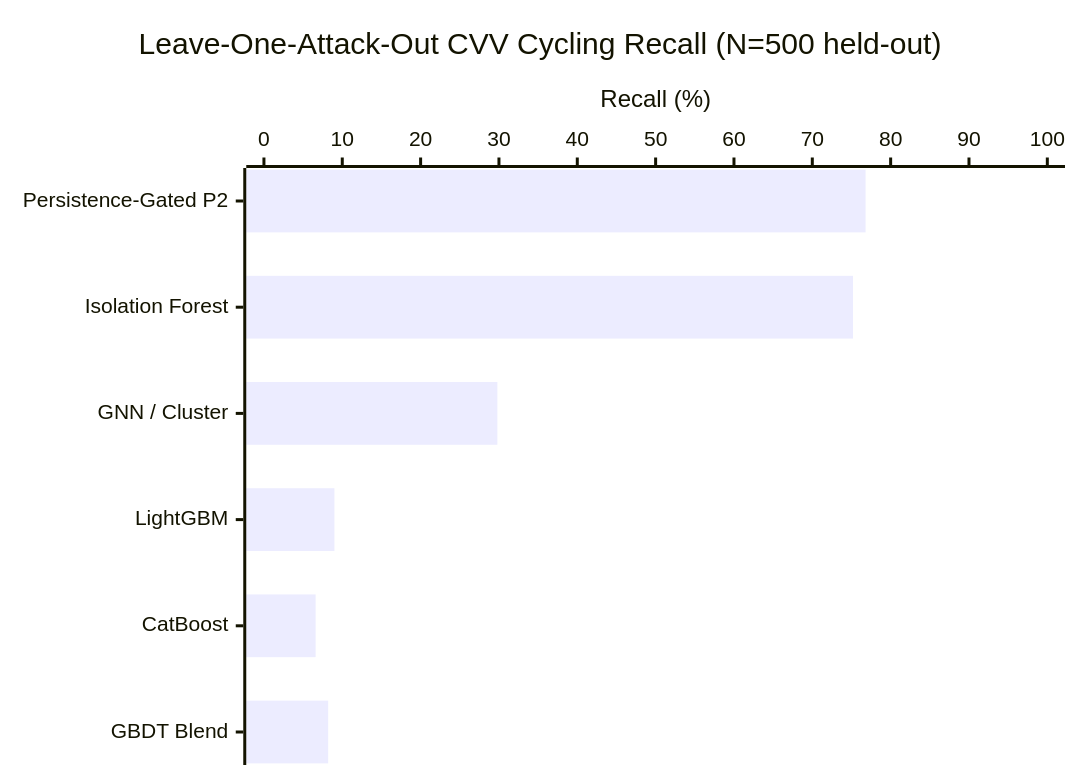
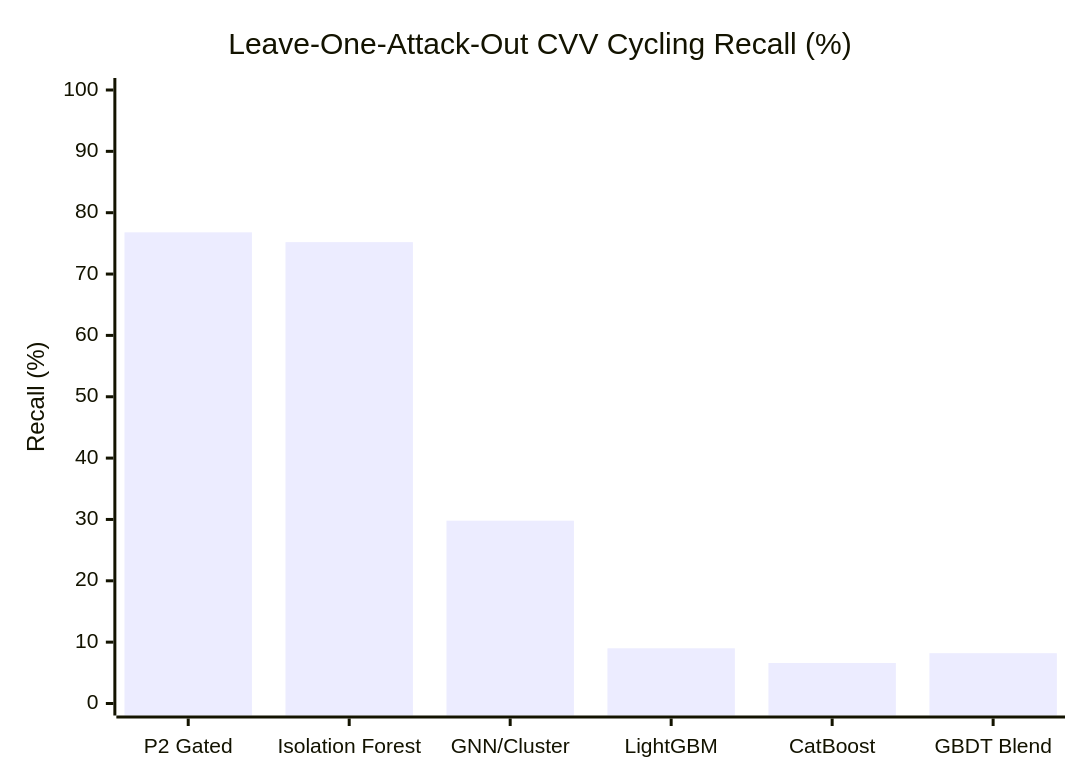
Before and after one commit to GeekLuffy/RazorVigil: the third of 3 diagrams in README.md, drawn with Mermaid. The commit also changed other lines of this file, not shown here.

First line of the commit message:
fix(readme): resolve Mermaid and KaTeX GitHub rendering failures

````diff
--- a/README.md
+++ b/README.md
@@ -110,7 +106,7 @@
 ```mermaid
-xychart-beta horizontal
-    title "Leave-One-Attack-Out CVV Cycling Recall (N=500 held-out)"
-    x-axis ["Persistence-Gated P2", "Isolation Forest", "GNN / Cluster", "LightGBM", "CatBoost", "GBDT Blend"]
+xychart-beta
+    title "Leave-One-Attack-Out CVV Cycling Recall (%)"
+    x-axis ["P2 Gated", "Isolation Forest", "GNN/Cluster", "LightGBM", "CatBoost", "GBDT Blend"]
     y-axis "Recall (%)" 0 --> 100
     bar [76.8, 75.2, 29.8, 9.0, 6.6, 8.2]
 ```
````
